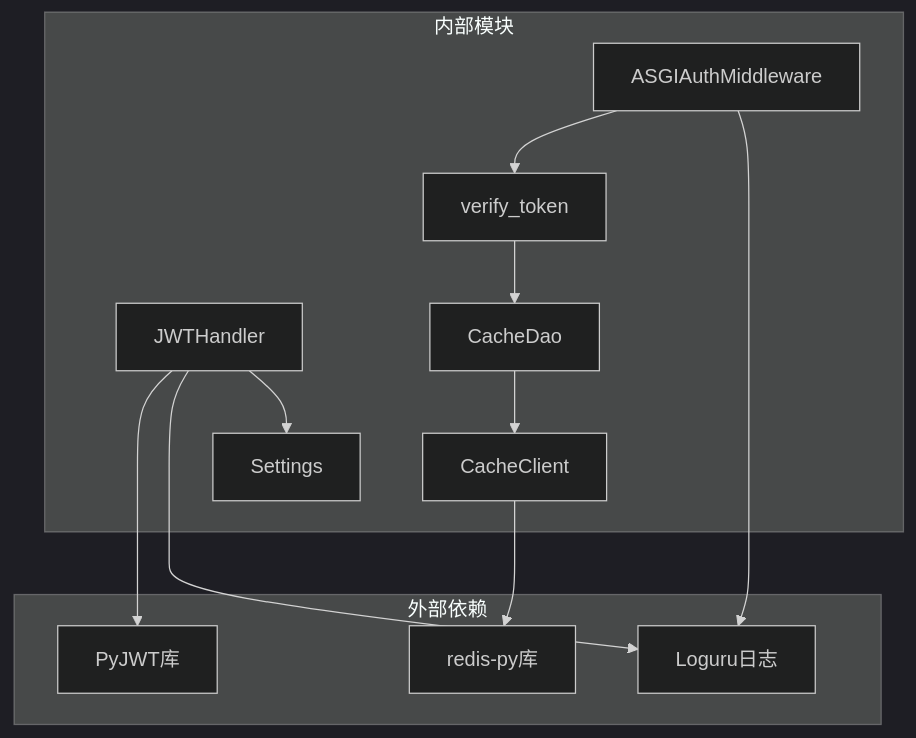
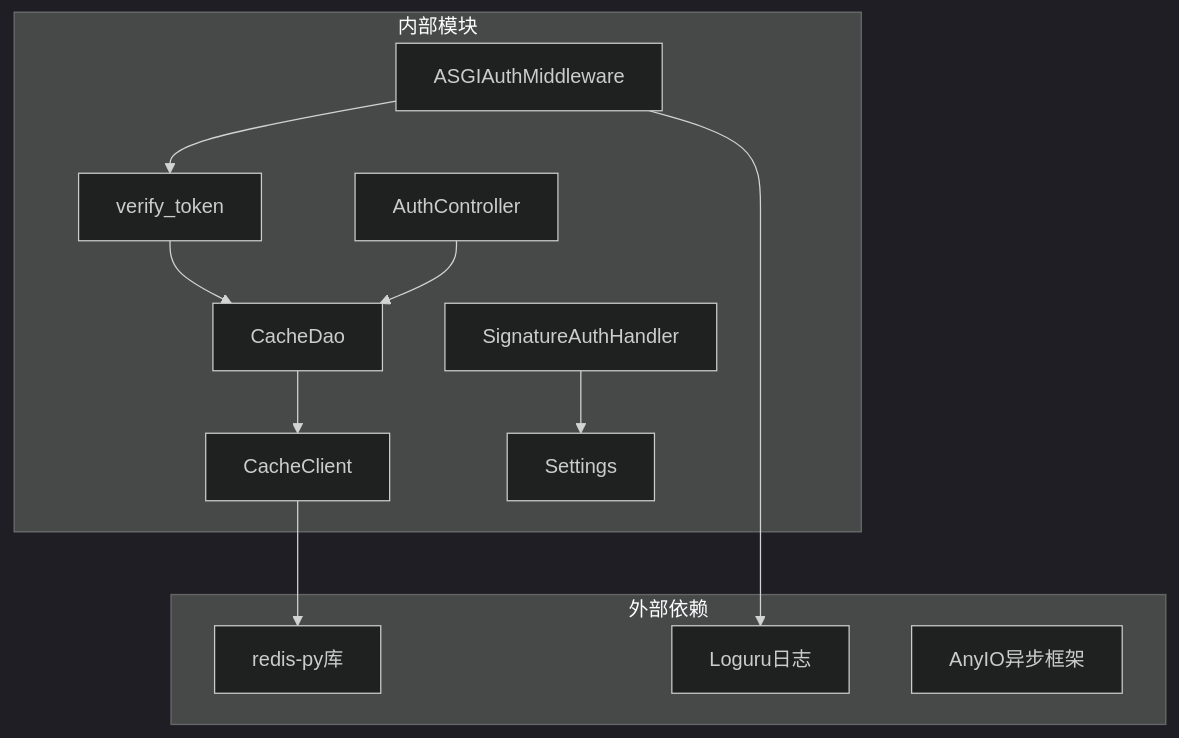
One commit to lilinzezzzzzz/fastapi-backend changed the seventh of 7 diagrams in .qoder/repowiki/zh/content/安全认证机制/JWT Token认证.md. Above: the diagram before and after it, drawn with Mermaid (dark theme). The commit also changed other lines of this file and 38 other files, not shown here.

````diff
--- a/.qoder/repowiki/zh/content/安全认证机制/JWT Token认证.md
+++ b/.qoder/repowiki/zh/content/安全认证机制/JWT Token认证.md
@@ -317,24 +321,24 @@
 ```mermaid
 graph TD
 subgraph "外部依赖"
-JWTLib["PyJWT库"]
 RedisLib["redis-py库"]
 Loguru["Loguru日志"]
+AnyIO["AnyIO异步框架"]
 end
 subgraph "内部模块"
-JWTHandler["JWTHandler"]
 AuthMiddleware["ASGIAuthMiddleware"]
 CoreAuth["verify_token"]
 CacheDao["CacheDao"]
 CacheClient["CacheClient"]
 Settings["Settings"]
+SignatureHandler["SignatureAuthHandler"]
+AuthController["AuthController"]
 end
-JWTHandler --> JWTLib
 AuthMiddleware --> CoreAuth
 CoreAuth --> CacheDao
 CacheDao --> CacheClient
 CacheClient --> RedisLib
 AuthMiddleware --> Loguru
-JWTHandler --> Loguru
-JWTHandler --> Settings
+AuthController --> CacheDao
+SignatureHandler --> Settings
 ```
````
